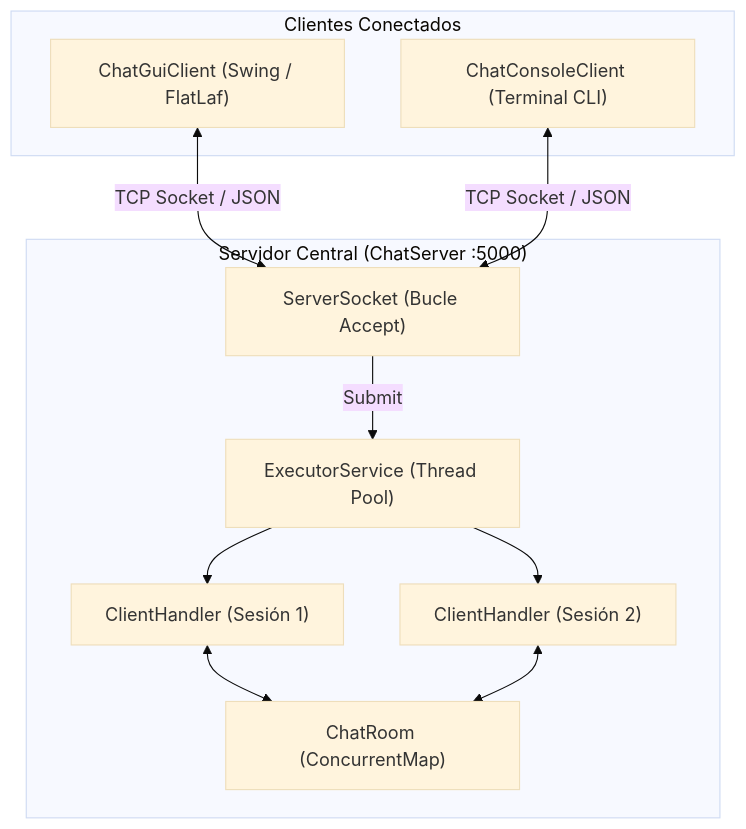
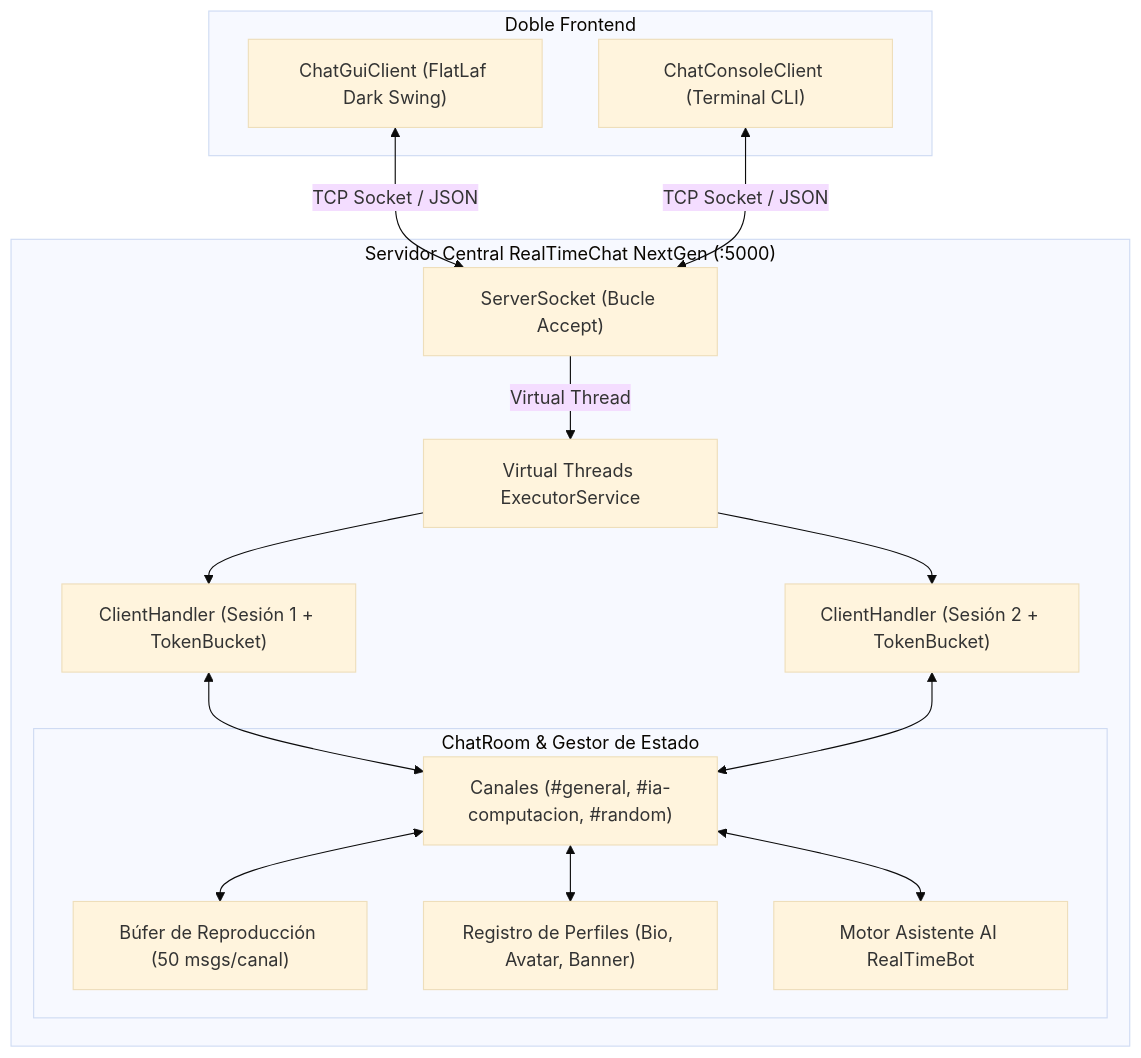
Before and after one commit to danicaju/RealTimeChat: the diagram in README.es.md, drawn with Mermaid (base theme). The commit also changed other lines of this file and 22 other files, not shown here.

Commit message:
feat: upgrade to NextGen architecture with virtual threads, user profiles, channels, rate limiting and AI assistant

````diff
--- a/README.es.md
+++ b/README.es.md
@@ -28,23 +69,32 @@
 ```mermaid
 flowchart TD
-    subgraph Clientes ["Clientes Conectados"]
-        GUI["ChatGuiClient (Swing / FlatLaf)"]
+    subgraph Clientes ["Doble Frontend"]
+        GUI["ChatGuiClient (FlatLaf Dark Swing)"]
         CLI["ChatConsoleClient (Terminal CLI)"]
     end
 
-    subgraph Servidor ["Servidor Central (ChatServer :5000)"]
-        Listener["ServerSocket (Bucle Accept)"]
-        Pool["ExecutorService (Thread Pool)"]
-        Handler1["ClientHandler (Sesión 1)"]
-        Handler2["ClientHandler (Sesión 2)"]
-        Room["ChatRoom (ConcurrentMap)"]
+    subgraph Servidor ["Servidor Central RealTimeChat NextGen (:5000)"]
+        SocketListener["ServerSocket (Bucle Accept)"]
+        LoomPool["Virtual Threads ExecutorService"]
+        Handler1["ClientHandler (Sesión 1 + TokenBucket)"]
+        Handler2["ClientHandler (Sesión 2 + TokenBucket)"]
+
+        subgraph Core ["ChatRoom & Gestor de Estado"]
+            Channels["Canales (#general, #ia-computacion, #random)"]
+            Replay["Búfer de Reproducción (50 msgs/canal)"]
+            Profiles["Registro de Perfiles (Bio, Avatar, Banner)"]
+            Bot["Motor Asistente AI RealTimeBot"]
+        end
     end
 
-    GUI <-->|TCP Socket / JSON| Listener
-    CLI <-->|TCP Socket / JSON| Listener
-    Listener -->|Submit| Pool
-    Pool --> Handler1
-    Pool --> Handler2
-    Handler1 <--> Room
-    Handler2 <--> Room
+    GUI <-->|TCP Socket / JSON| SocketListener
+    CLI <-->|TCP Socket / JSON| SocketListener
+    SocketListener -->|Virtual Thread| LoomPool
+    LoomPool --> Handler1
+    LoomPool --> Handler2
+    Handler1 <--> Channels
+    Handler2 <--> Channels
+    Channels <--> Replay
+    Channels <--> Profiles
+    Channels <--> Bot
 ```
````
